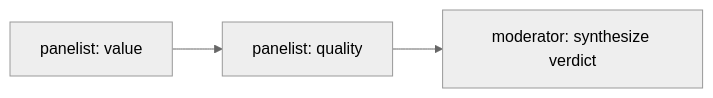
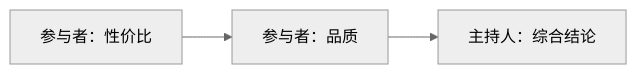
One commit to s1encisi/reliable-commerce-agents changed the third of 3 diagrams in docs/maf-best-practices.md. Above: the diagram before and after it, drawn with Mermaid (neutral theme). The commit also changed other lines of this file and 1033 other files, not shown here.

````diff
--- a/docs/maf-best-practices.md
+++ b/docs/maf-best-practices.md
@@ -124,5 +119,5 @@
 ```mermaid
 flowchart LR
-    V[panelist: value] --> Q[panelist: quality]
-    Q --> MOD[moderator: synthesize verdict]
+    V[参与者：性价比] --> Q[参与者：品质]
+    Q --> MOD[主持人：综合结论]
 ```
````
